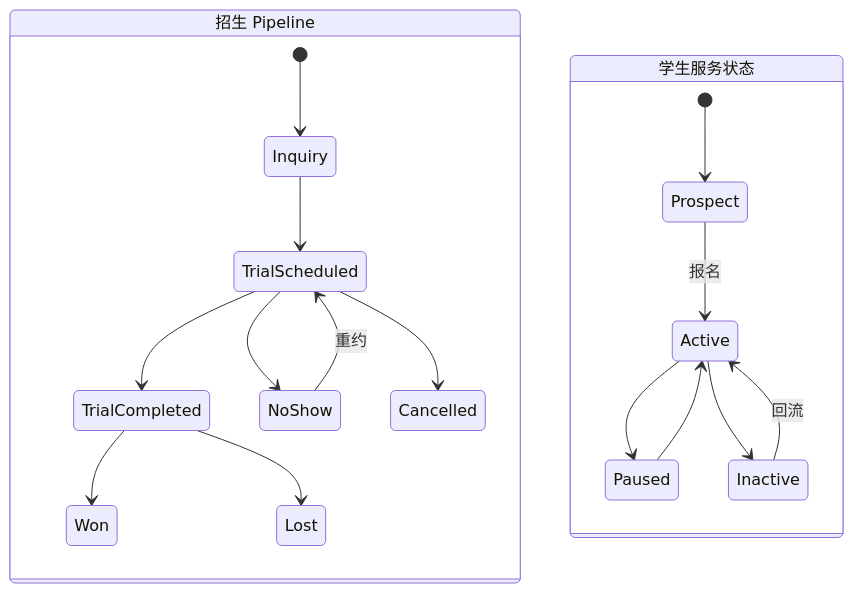
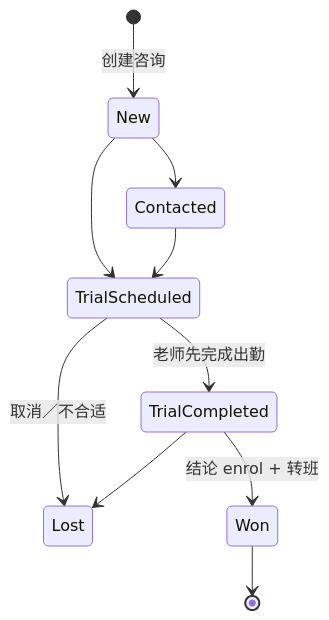
Before and after one commit to MadMax3366/Austin_homework: the second of 6 diagrams in ARCHITECTURE.md, drawn with Mermaid. The commit also changed other lines of this file and 4 other files, not shown here.

Commit message:
docs: document full architecture demo and validation

````diff
--- a/ARCHITECTURE.md
+++ b/ARCHITECTURE.md
@@ -117,22 +113,12 @@
 ```mermaid
 stateDiagram-v2
-  state "招生 Pipeline" as Lead {
-    [*] --> Inquiry
-    Inquiry --> TrialScheduled
-    TrialScheduled --> TrialCompleted
-    TrialScheduled --> NoShow
-    TrialScheduled --> Cancelled
-    NoShow --> TrialScheduled: 重约
-    TrialCompleted --> Won
-    TrialCompleted --> Lost
-  }
-
-  state "学生服务状态" as Service {
-    [*] --> Prospect
-    Prospect --> Active: 报名
-    Active --> Paused
-    Paused --> Active
-    Active --> Inactive
-    Inactive --> Active: 回流
-  }
+  [*] --> New: 创建咨询
+  New --> Contacted
+  New --> TrialScheduled
+  Contacted --> TrialScheduled
+  TrialScheduled --> TrialCompleted: 老师先完成出勤
+  TrialScheduled --> Lost: 取消／不合适
+  TrialCompleted --> Won: 结论 enrol + 转班
+  TrialCompleted --> Lost
+  Won --> [*]
 ```
````
